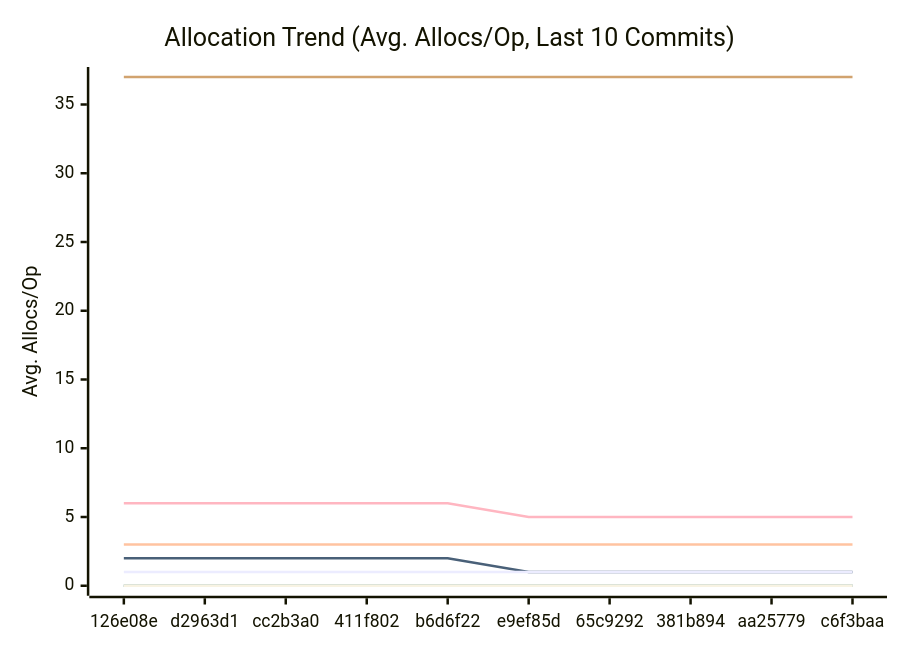
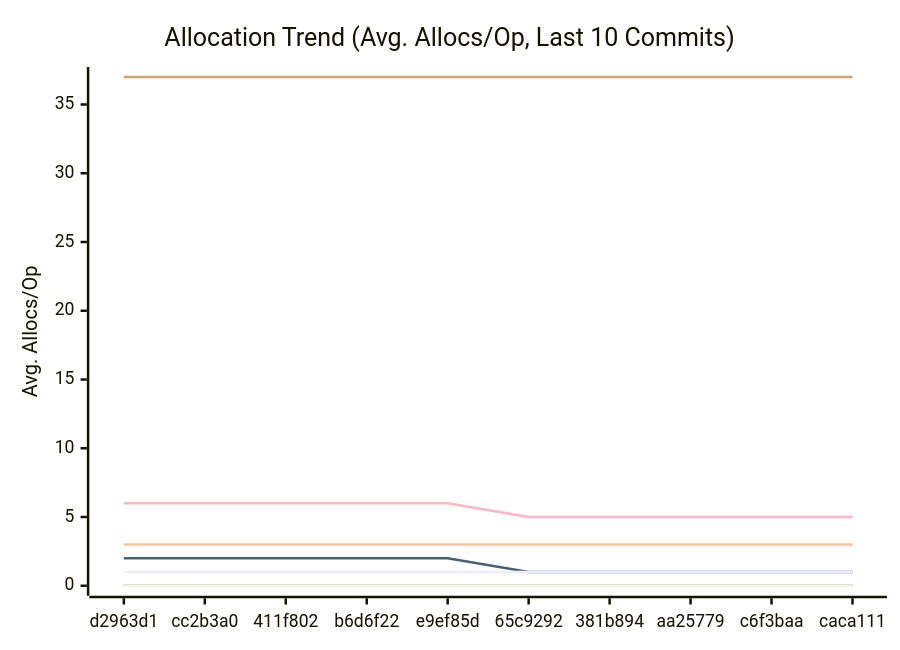
One commit to alsotoes/momo changed the third of 3 diagrams in docs/PERFORMANCE.md. Above: the diagram before and after it, drawn with Mermaid. The commit also changed other lines of this file and 3 other files, not shown here.

````diff
--- a/docs/PERFORMANCE.md
+++ b/docs/PERFORMANCE.md
@@ -176,18 +176,18 @@
 ```mermaid
 xychart-beta
     title "Allocation Trend (Avg. Allocs/Op, Last 10 Commits)"
     x-axis "Commit"
     y-axis "Avg. Allocs/Op"
-    x-axis [126e08e,d2963d1,cc2b3a0,411f802,b6d6f22,e9ef85d,65c9292,381b894,aa25779,c6f3baa]
+    x-axis [d2963d1,cc2b3a0,411f802,b6d6f22,e9ef85d,65c9292,381b894,aa25779,c6f3baa,caca111]
     line "CheckMetricsAndSwap" [0,0,0,0,0,0,0,0,0,0]
     line "CrushOptimized" [0,0,0,0,0,0,0,0,0,0]
     line "CrushOriginal" [3,3,3,3,3,3,3,3,3,3]
     line "IndexDirectTracking" [0,0,0,0,0,0,0,0,0,0]
     line "IndexSearch" [0,0,0,0,0,0,0,0,0,0]
     line "LoadGlobalConfig" [37,37,37,37,37,37,37,37,37,37]
     line "PadString" [0,0,0,0,0,0,0,0,0,0]
     line "ParseReplicationOrder_NoPrealloc" [6,6,6,6,6,5,5,5,5,5]
     line "ParseReplicationOrder_Prealloc" [2,2,2,2,2,1,1,1,1,1]
     line "SanitizeLog/Safe" [0,0,0,0,0,0,0,0,0,0]
     line "SanitizeLog/Unsafe" [1,1,1,1,1,1,1,1,1,1]
 ```
````
